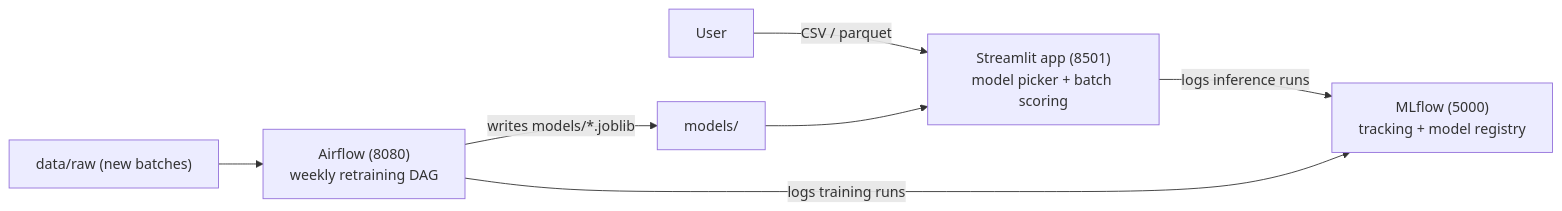
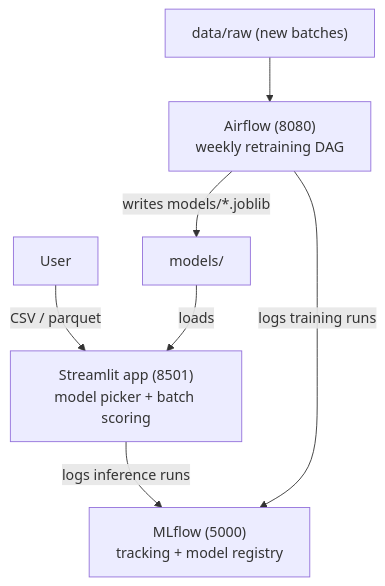
Before and after one commit to RafaelGallo/car-insurance-claim-prediction: the diagram in README.md, drawn with Mermaid.

Commit message:
Make the README architecture diagram vertical
The horizontal layout rendered too small on GitHub and the MLflow node sat
under the diagram zoom controls.

````diff
--- a/README.md
+++ b/README.md
@@ -122,9 +122,9 @@
 ```mermaid
-flowchart LR
+flowchart TD
     U["User"] -->|"CSV / parquet"| S["Streamlit app (8501)<br/>model picker + batch scoring"]
+    D["data/raw (new batches)"] --> A["Airflow (8080)<br/>weekly retraining DAG"]
+    A -->|"writes models/*.joblib"| R["models/"]
+    R -->|"loads"| S
     S -->|"logs inference runs"| M["MLflow (5000)<br/>tracking + model registry"]
-    A["Airflow (8080)<br/>weekly retraining DAG"] -->|"logs training runs"| M
-    A -->|"writes models/*.joblib"| R["models/"]
-    R --> S
-    D["data/raw (new batches)"] --> A
+    A -->|"logs training runs"| M
 ```
````
